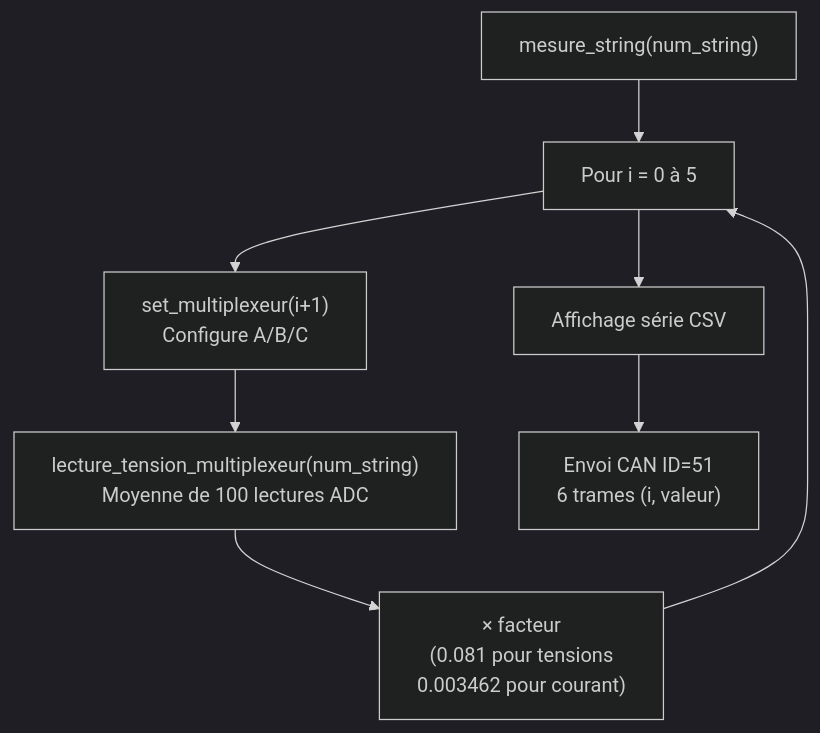
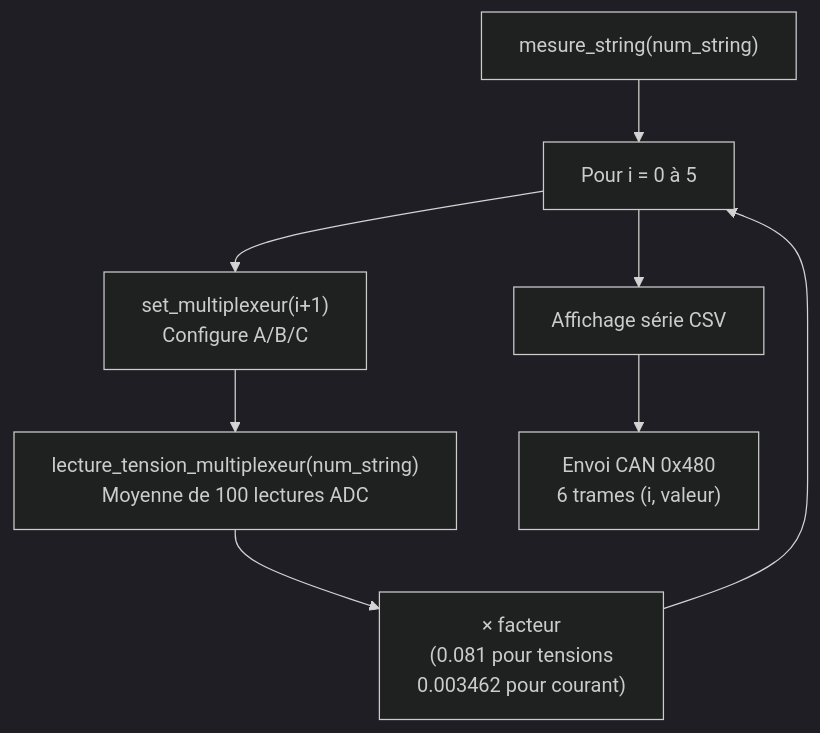
Before and after one commit to baptisteB00/Projet_LAOS: the diagram in docs/cartes/mesure_tension.md, drawn with Mermaid (dark theme). The commit also changed other lines of this file and 9 other files, not shown here.

````diff
--- a/docs/cartes/mesure_tension.md
+++ b/docs/cartes/mesure_tension.md
@@ -52,10 +54,10 @@
 ```mermaid
 flowchart TD
     START["mesure_string(num_string)"] --> LOOP["Pour i = 0 à 5"]
     LOOP --> MUX["set_multiplexeur(i+1)\nConfigure A/B/C"]
     MUX --> LEC["lecture_tension_multiplexeur(num_string)\nMoyenne de 100 lectures ADC"]
     LEC --> FACT["× facteur\n(0.081 pour tensions\n0.003462 pour courant)"]
     FACT --> LOOP
     LOOP --> SER["Affichage série CSV"]
-    SER --> CAN["Envoi CAN ID=51\n6 trames (i, valeur)"]
+    SER --> CAN["Envoi CAN 0x480\n6 trames (i, valeur)"]
 ```
````
